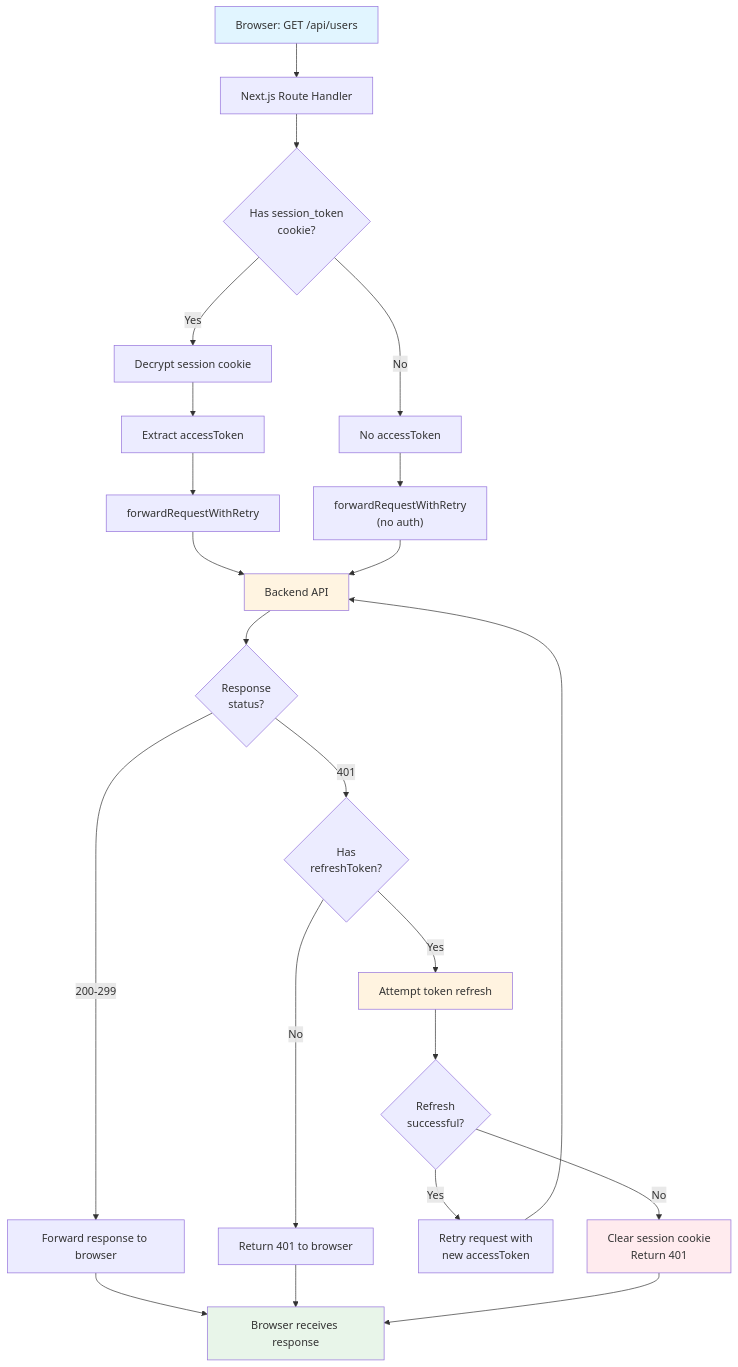
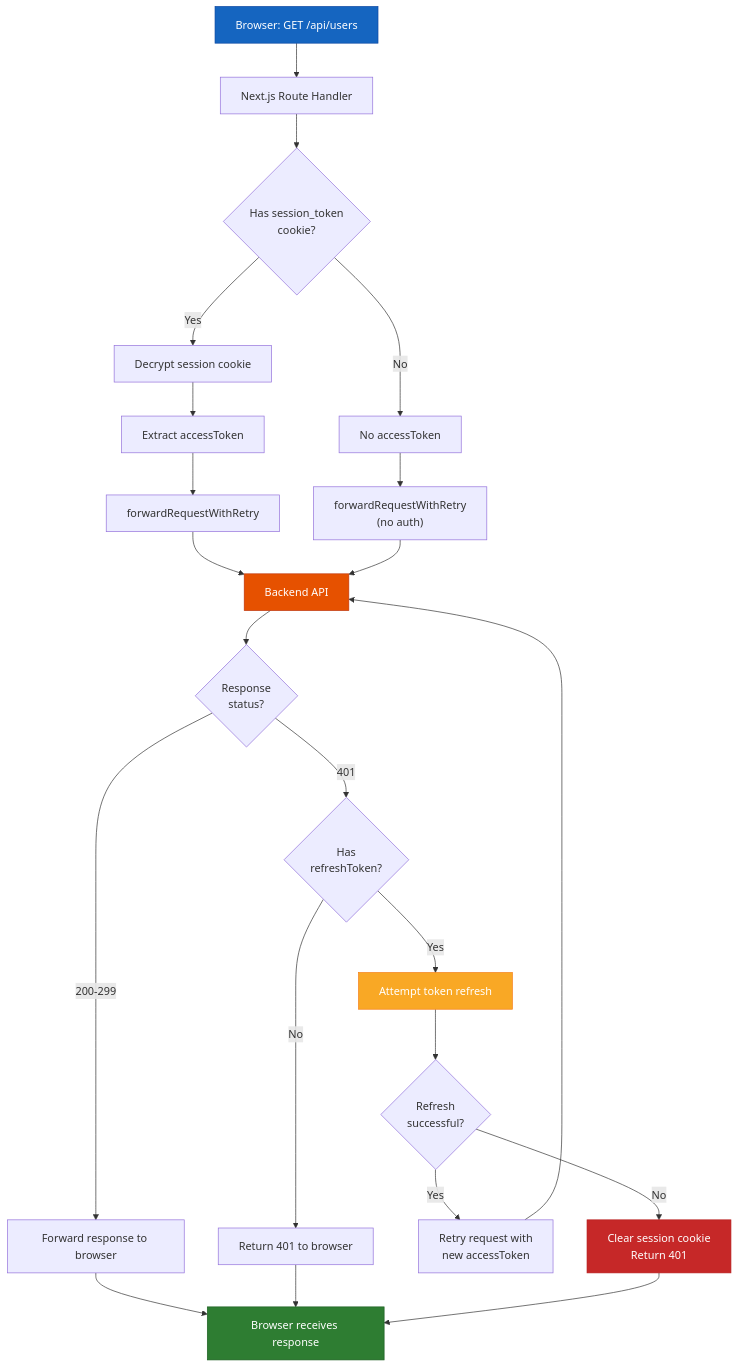
One commit to kisstamasj/nestjs-nextjs-api-proxy changed the third of 7 diagrams in API_PROXY_GUIDE.md. Above: the diagram before and after it, drawn with Mermaid. The commit also changed other lines of this file, not shown here.

Commit message:
docs: Enhance mermaid diagram readability by updating styles to use darker colors and white text.

````diff
--- a/API_PROXY_GUIDE.md
+++ b/API_PROXY_GUIDE.md
@@ -154,30 +154,30 @@
 ```mermaid
 flowchart TD
     A[Browser: GET /api/users] --> B[Next.js Route Handler]
     B --> C{Has session_token<br/>cookie?}
     C -->|Yes| D[Decrypt session cookie]
     C -->|No| E[No accessToken]
     D --> F[Extract accessToken]
     F --> G[forwardRequestWithRetry]
     E --> H["forwardRequestWithRetry<br/>(no auth)"]
     G --> I[Backend API]
     H --> I
     I --> J{Response<br/>status?}
     J -->|200-299| K[Forward response to browser]
     J -->|401| L{Has<br/>refreshToken?}
     L -->|Yes| M[Attempt token refresh]
     L -->|No| N[Return 401 to browser]
     M --> O{Refresh<br/>successful?}
     O -->|Yes| P[Retry request with<br/>new accessToken]
     O -->|No| Q[Clear session cookie<br/>Return 401]
     P --> I
     K --> R[Browser receives response]
     N --> R
     Q --> R
     
-    style A fill:#e1f5ff
-    style I fill:#fff4e1
-    style R fill:#e8f5e9
-    style M fill:#fff3e0
-    style Q fill:#ffebee
+    style A fill:#1565c0,stroke:#0d47a1,color:#fff
+    style I fill:#e65100,stroke:#bf360c,color:#fff
+    style R fill:#2e7d32,stroke:#1b5e20,color:#fff
+    style M fill:#f9a825,stroke:#f57f17,color:#fff
+    style Q fill:#c62828,stroke:#b71c1c,color:#fff
 ```
````
